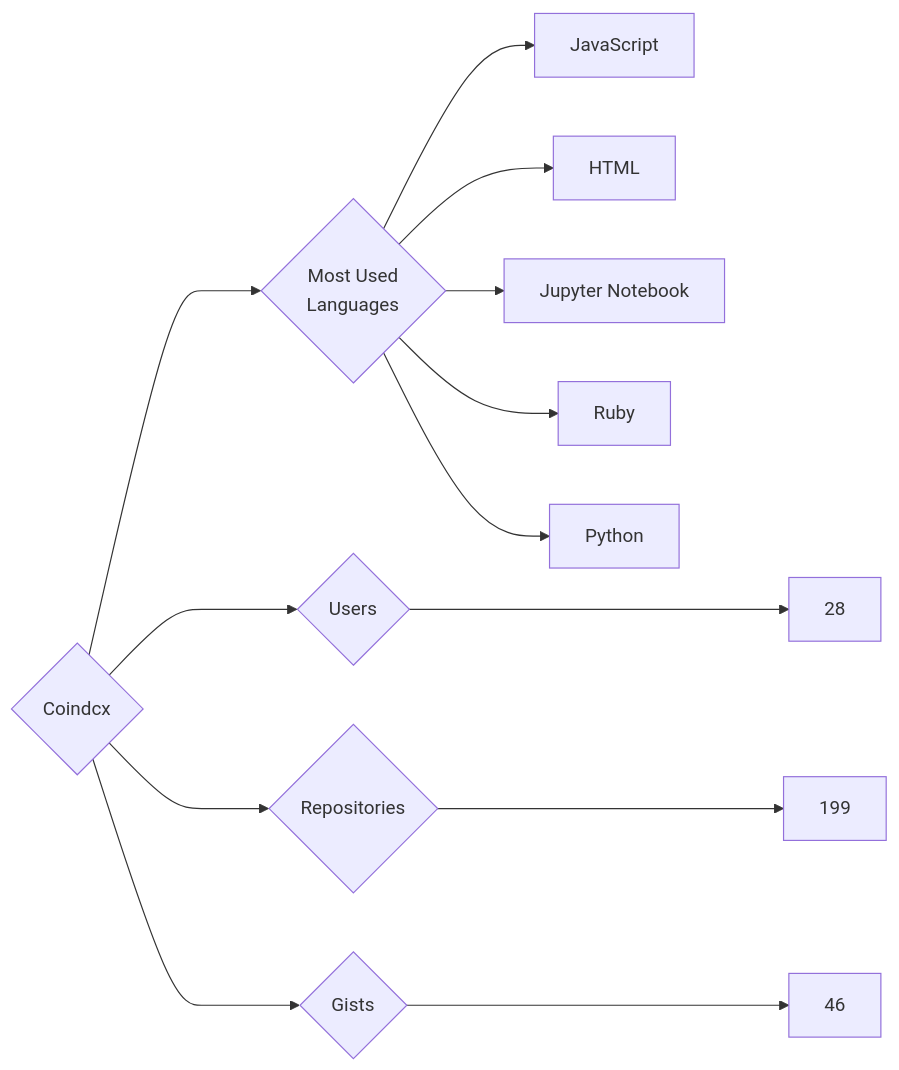
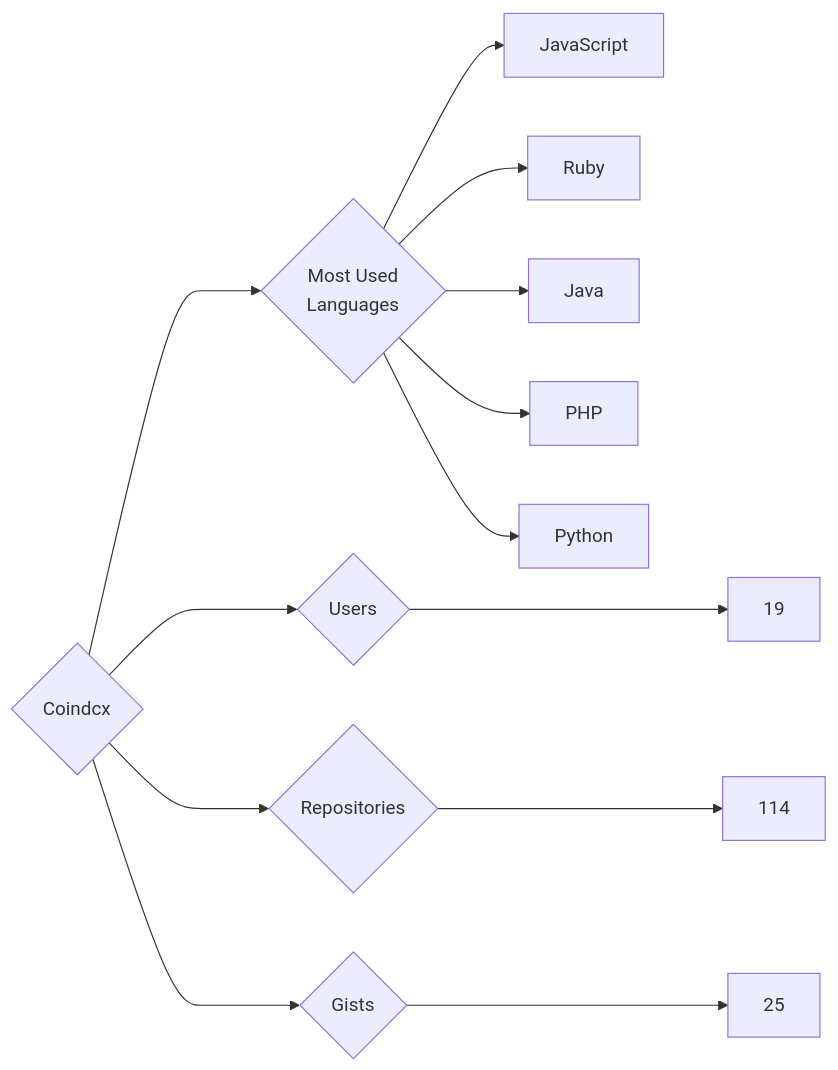
One commit to trickest/insiders changed the diagram in targets/Coindcx/README.md. Above: the diagram before and after it, drawn with Mermaid. The commit also changed 639 other files, not shown here.

````diff
--- a/targets/Coindcx/README.md
+++ b/targets/Coindcx/README.md
@@ -3,13 +3,13 @@
 ```mermaid
 graph LR
 COMPANY_NAME{Coindcx}
-COMPANY_NAME ---> U{Users} ---> UN[28]
-COMPANY_NAME ---> R{Repositories} ---> RN[199]
-COMPANY_NAME ---> G{Gists} ---> GN[46]
+COMPANY_NAME ---> U{Users} ---> UN[19]
+COMPANY_NAME ---> R{Repositories} ---> RN[114]
+COMPANY_NAME ---> G{Gists} ---> GN[25]
 COMPANY_NAME ---> ML{Most Used<br>Languages}
 ML --> JavaScript[JavaScript]
-ML --> HTML[HTML]
-ML --> Jupyter_Notebook[Jupyter Notebook]
 ML --> Ruby[Ruby]
+ML --> Java[Java]
+ML --> PHP[PHP]
 ML --> Python[Python]
 ```
````
